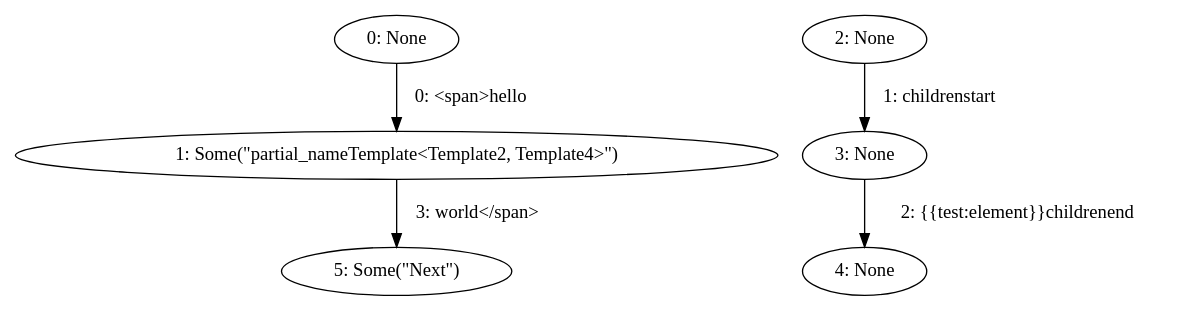
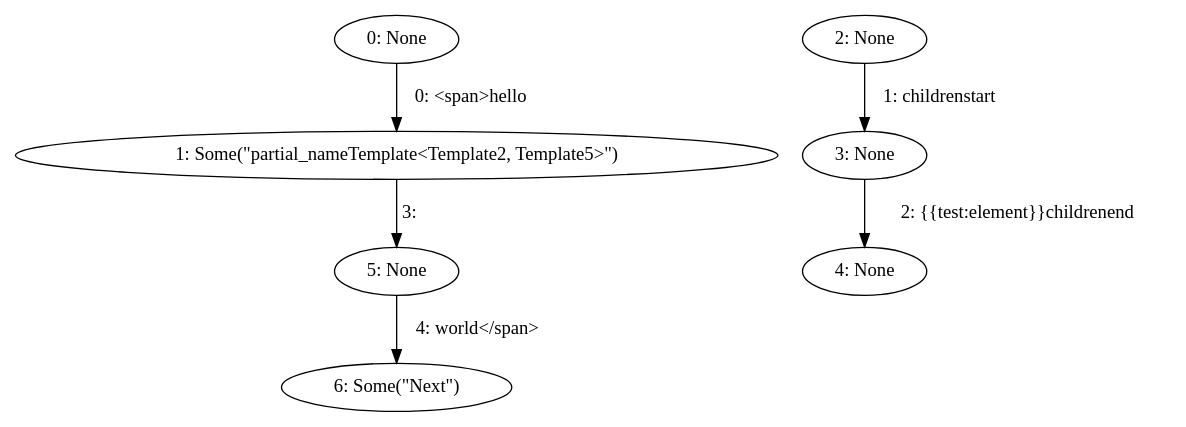
The diagram in partial_block.dot (mohe2015/zero-cost-templating), drawn with Graphviz before and after one commit. The commit also changed 1 other file, not shown here.

```diff
--- a/partial_block.dot
+++ b/partial_block.dot
@@ -1,12 +1,14 @@
 digraph {
     0 [ label = "0: None" ]
-    1 [ label = "1: Some(\"partial_nameTemplate<Template2, Template4>\")" ]
+    1 [ label = "1: Some(\"partial_nameTemplate<Template2, Template5>\")" ]
     2 [ label = "2: None" ]
     3 [ label = "3: None" ]
     4 [ label = "4: None" ]
-    5 [ label = "5: Some(\"Next\")" ]
+    5 [ label = "5: None" ]
+    6 [ label = "6: Some(\"Next\")" ]
     0 -> 1 [ label = "0: <span>hello" ]
     2 -> 3 [ label = "1: childrenstart" ]
     3 -> 4 [ label = "2: {{test:element}}childrenend" ]
-    1 -> 5 [ label = "3: world</span>" ]
+    1 -> 5 [ label = "3: " ]
+    5 -> 6 [ label = "4: world</span>" ]
 }
```
